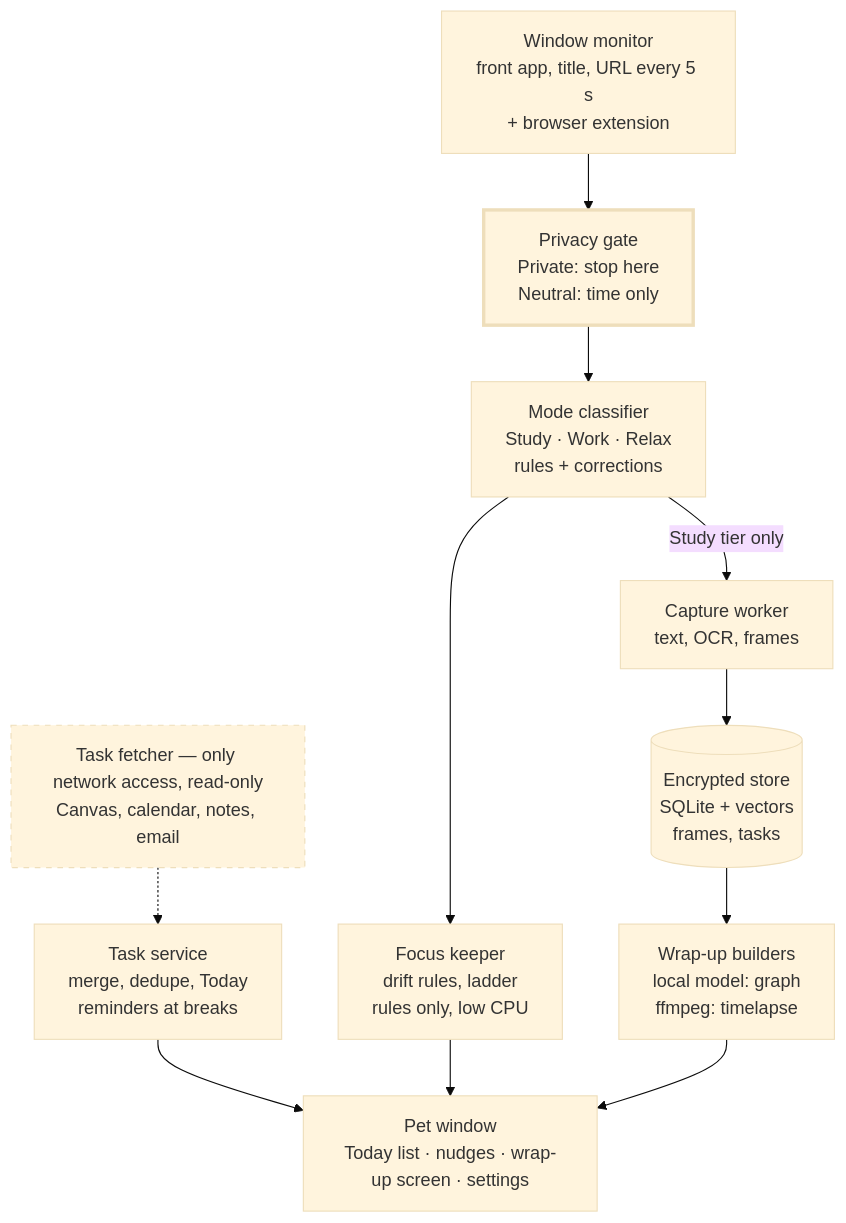
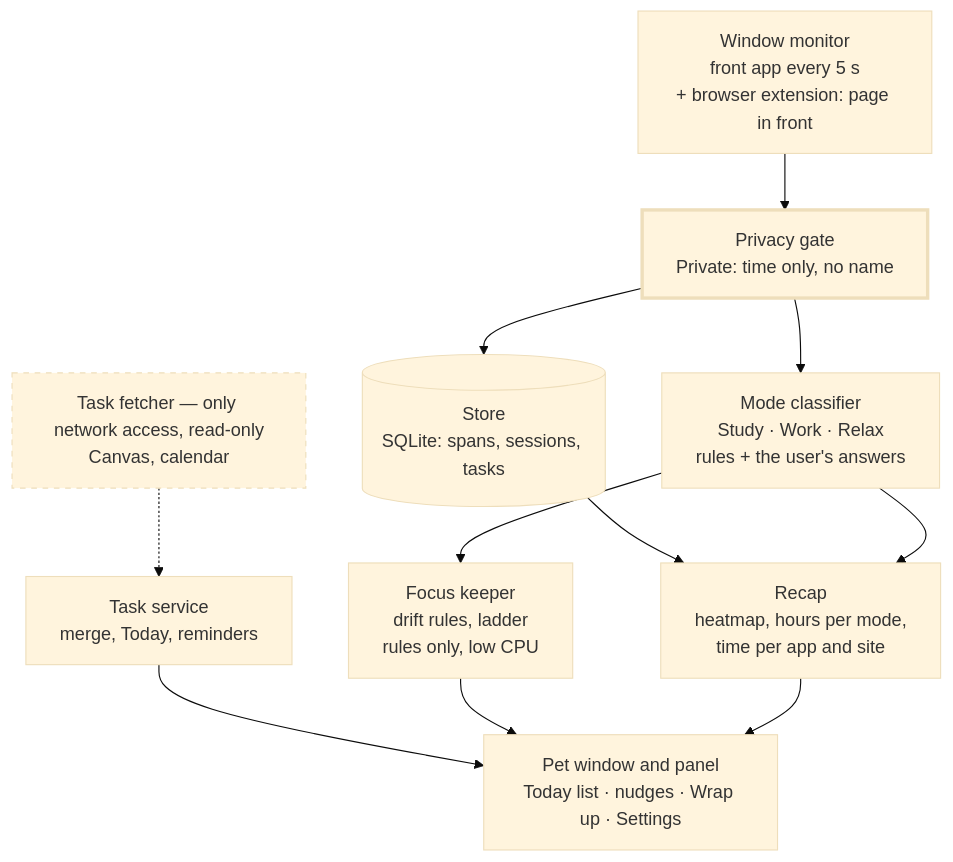
One commit to victornguyen7/Study-Pet changed the fourth of 4 diagrams in docs/ARCHITECTURE.md. Above: the diagram before and after it, drawn with Mermaid (base theme). The commit also changed other lines of this file and 5 other files, not shown here.

````diff
--- a/docs/ARCHITECTURE.md
+++ b/docs/ARCHITECTURE.md
@@ -172,15 +174,15 @@
 ```mermaid
 flowchart TD
-    WM["Window monitor<br/>front app, title, URL every 5 s<br/>+ browser extension"] --> PG["Privacy gate<br/>Private: stop here<br/>Neutral: time only"]
-    PG --> MC["Mode classifier<br/>Study · Work · Relax<br/>rules + corrections"]
+    WM["Window monitor<br/>front app every 5 s<br/>+ browser extension: page in front"] --> PG["Privacy gate<br/>Private: time only, no name"]
+    PG --> ST[("Store<br/>SQLite: spans, sessions, tasks")]
+    PG --> MC["Mode classifier<br/>Study · Work · Relax<br/>rules + the user's answers"]
     MC --> FK["Focus keeper<br/>drift rules, ladder<br/>rules only, low CPU"]
-    MC -->|Study tier only| CW["Capture worker<br/>text, OCR, frames"]
-    CW --> ST[("Encrypted store<br/>SQLite + vectors<br/>frames, tasks")]
-    ST --> WB["Wrap-up builders<br/>local model: graph<br/>ffmpeg: timelapse"]
-    TF["Task fetcher — only network access, read-only<br/>Canvas, calendar, notes, email"] -.-> TS["Task service<br/>merge, dedupe, Today<br/>reminders at breaks"]
-    TS --> PET["Pet window<br/>Today list · nudges · wrap-up screen · settings"]
+    ST --> RC["Recap<br/>heatmap, hours per mode,<br/>time per app and site"]
+    MC --> RC
+    TF["Task fetcher — only network access, read-only<br/>Canvas, calendar"] -.-> TS["Task service<br/>merge, Today, reminders"]
+    TS --> PET["Pet window and panel<br/>Today list · nudges · Wrap up · Settings"]
     FK --> PET
-    WB --> PET
+    RC --> PET
     style PG stroke-width:3px
     style TF stroke-dasharray: 5 5
 ```
````
